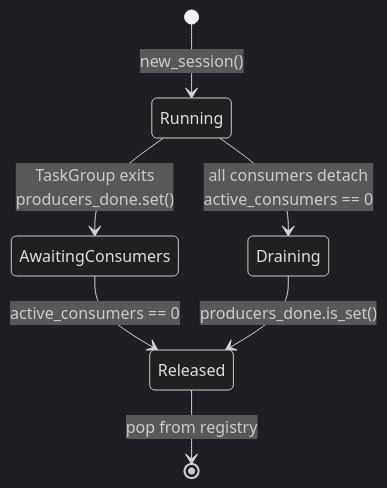
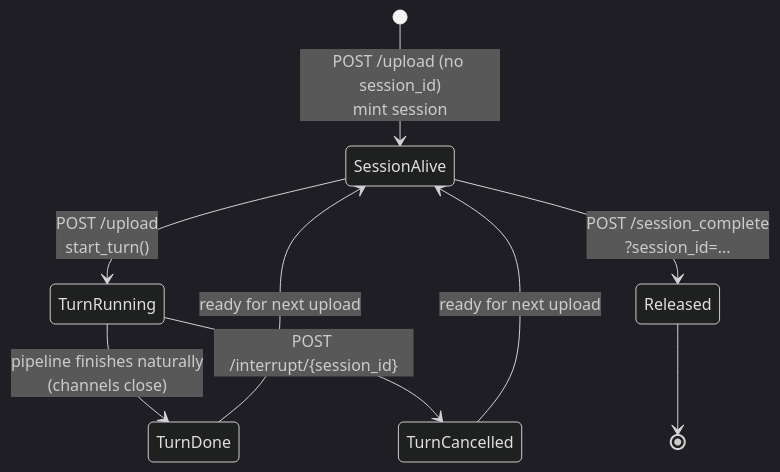
One commit to CyanFlow-Tech/Aura changed the third of 3 diagrams in gateway/README.md. Above: the diagram before and after it, drawn with Mermaid (dark theme). The commit also changed other lines of this file and 13 other files, not shown here.

````diff
--- a/gateway/README.md
+++ b/gateway/README.md
@@ -106,9 +123,11 @@
 ```mermaid
 stateDiagram-v2
-    [*] --> Running: new_session()
-    Running --> AwaitingConsumers: TaskGroup exits<br/>producers_done.set()
-    Running --> Draining: all consumers detach<br/>active_consumers == 0
-    AwaitingConsumers --> Released: active_consumers == 0
-    Draining --> Released: producers_done.is_set()
-    Released --> [*]: pop from registry
+    [*] --> SessionAlive: POST /upload (no session_id)<br/>mint session
+    SessionAlive --> TurnRunning: POST /upload<br/>start_turn()
+    TurnRunning --> TurnDone: pipeline finishes naturally<br/>(channels close)
+    TurnRunning --> TurnCancelled: POST /interrupt/{session_id}
+    TurnDone --> SessionAlive: ready for next upload
+    TurnCancelled --> SessionAlive: ready for next upload
+    SessionAlive --> Released: POST /session_complete<br/>?session_id=...
+    Released --> [*]
 ```
````
